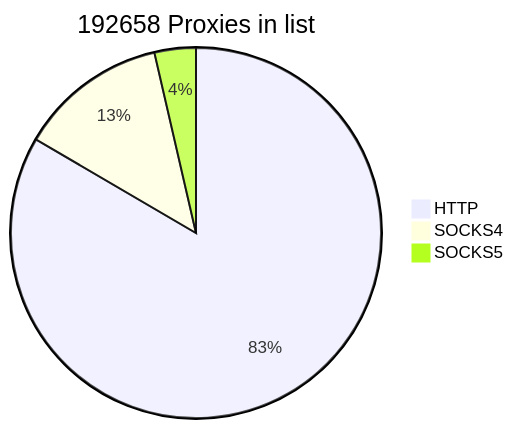
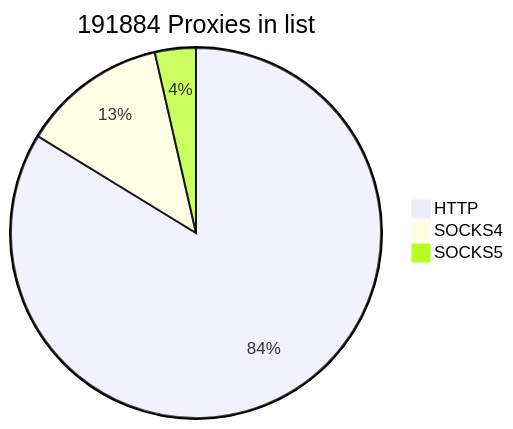
Before and after one commit to cutipu/proxylist: the first of 2 diagrams in README.md, drawn with Mermaid. The commit also changed other lines of this file, not shown here.

````diff
--- a/README.md
+++ b/README.md
@@ -2,7 +2,7 @@
 ```mermaid
-pie title 192658 Proxies in list
-    "HTTP" : 160717
-    "SOCKS4" : 24989
-    "SOCKS5" : 6952
+pie title 191884 Proxies in list
+    "HTTP" : 160690
+    "SOCKS4" : 24332
+    "SOCKS5" : 6862
             
 ```
````
